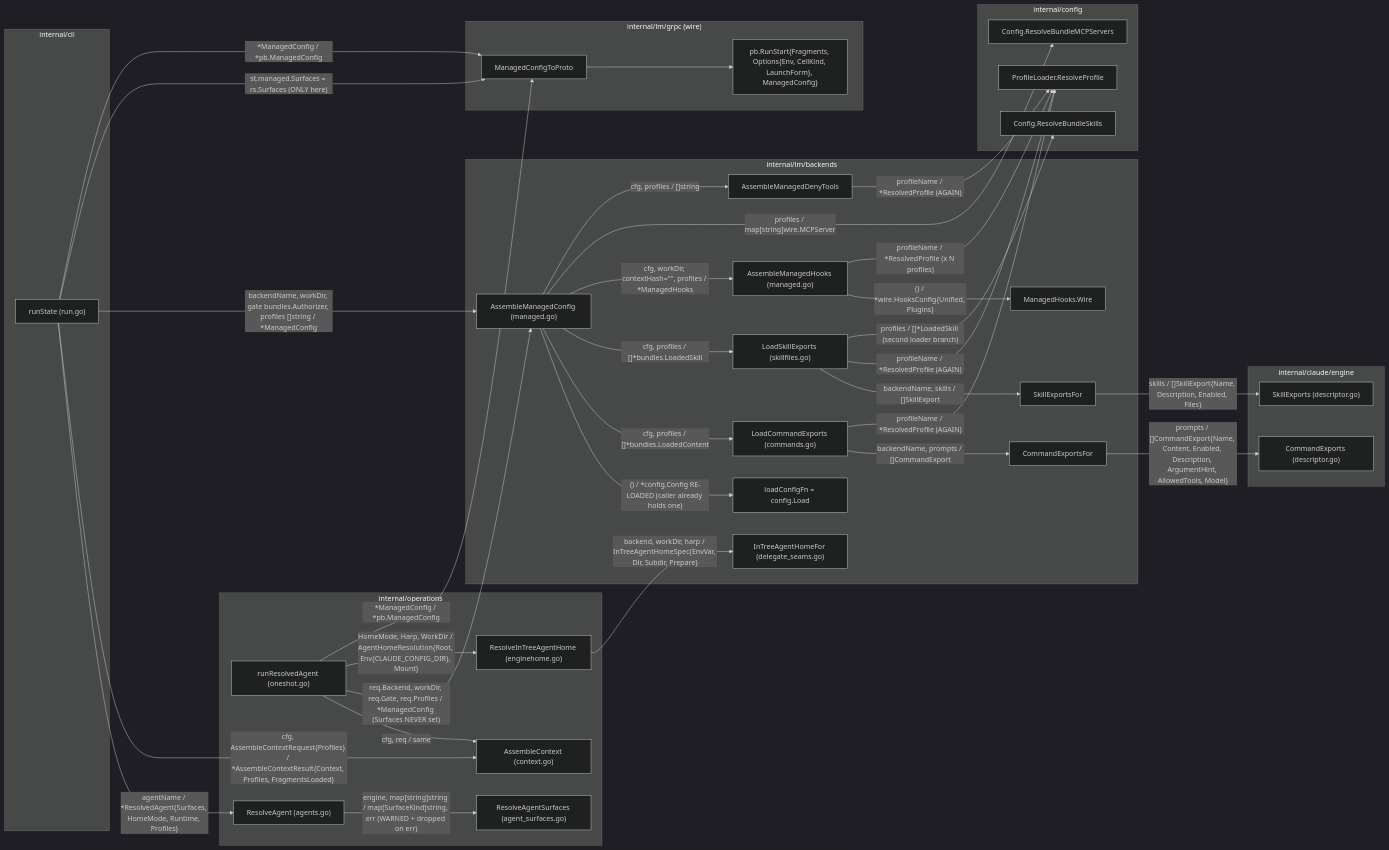
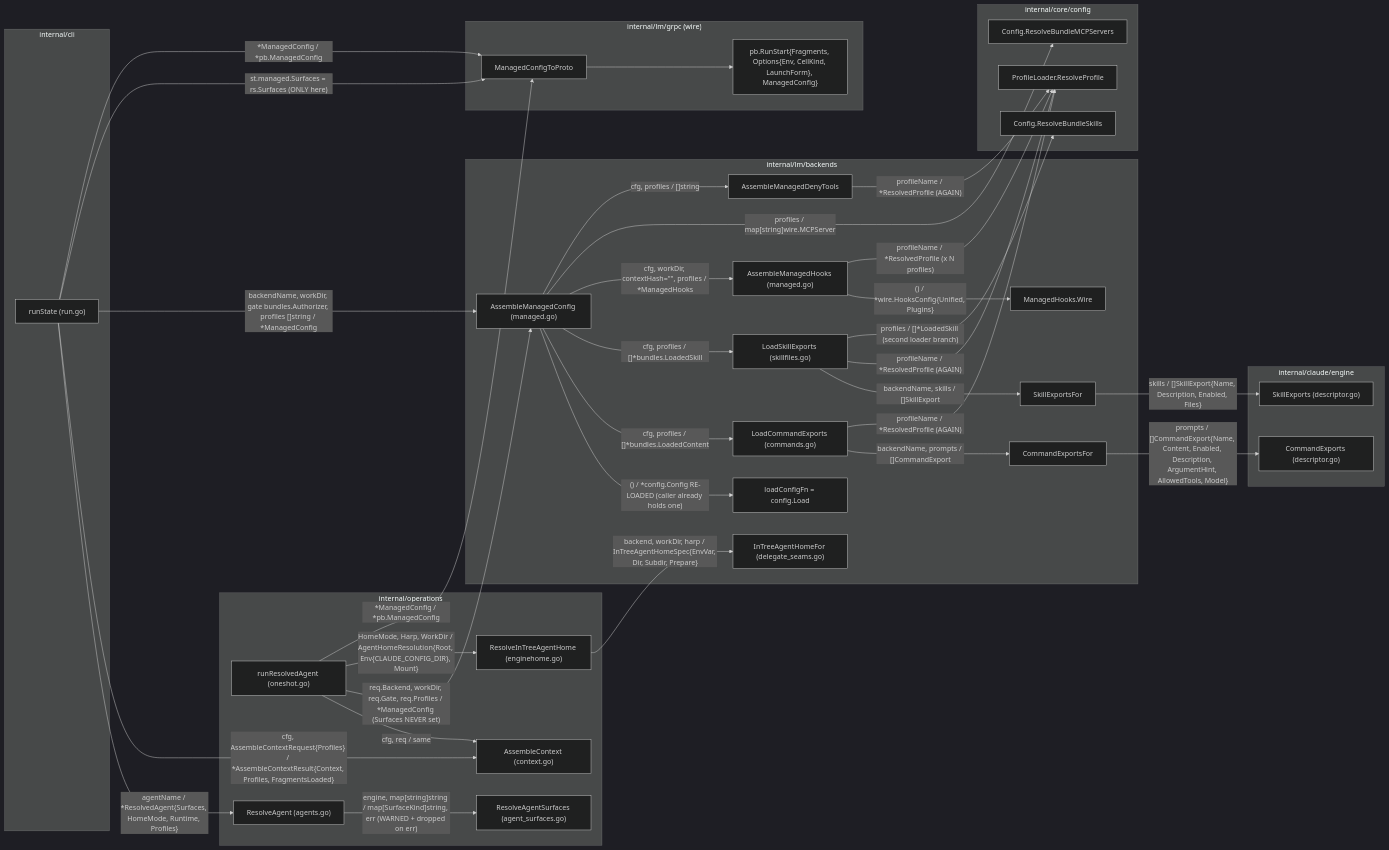
The first of 10 diagrams in docs/architecture/audit-2026-09-18/03-delivery-surfaces.md (ctxloom/ctxloom), drawn with Mermaid (dark theme) before and after one commit. The commit also changed other lines of this file and 1836 other files, not shown here.

First line of the commit message:
refactor(arch): move the core ring into internal/core

````diff
--- a/docs/architecture/audit-2026-09-18/03-delivery-surfaces.md
+++ b/docs/architecture/audit-2026-09-18/03-delivery-surfaces.md
@@ -43,67 +43,67 @@
 ```mermaid
 flowchart LR
   subgraph cli["internal/cli"]
     RUN["runState (run.go)"]
   end
   subgraph ops["internal/operations"]
     RRA["runResolvedAgent (oneshot.go)"]
     RA["ResolveAgent (agents.go)"]
     RAS["ResolveAgentSurfaces (agent_surfaces.go)"]
     AC["AssembleContext (context.go)"]
     RIH["ResolveInTreeAgentHome (enginehome.go)"]
   end
   subgraph be["internal/lm/backends"]
     AMC["AssembleManagedConfig (managed.go)"]
     LCF["loadConfigFn = config.Load"]
     LCE["LoadCommandExports (commands.go)"]
     LSE["LoadSkillExports (skillfiles.go)"]
     CEF["CommandExportsFor"]
     SEF["SkillExportsFor"]
     AMH["AssembleManagedHooks (managed.go)"]
     AMD["AssembleManagedDenyTools"]
     WIRE["ManagedHooks.Wire"]
     ITH["InTreeAgentHomeFor (delegate_seams.go)"]
   end
-  subgraph cfg["internal/config"]
+  subgraph cfg["internal/core/config"]
     RBM["Config.ResolveBundleMCPServers"]
     RP["ProfileLoader.ResolveProfile"]
     RBS["Config.ResolveBundleSkills"]
   end
   subgraph ce["internal/claude/engine"]
     CX["CommandExports (descriptor.go)"]
     SX["SkillExports (descriptor.go)"]
   end
   subgraph pb["internal/lm/grpc (wire)"]
     MCP["ManagedConfigToProto"]
     RS["pb.RunStart{Fragments, Options{Env, CellKind, LaunchForm}, ManagedConfig}"]
   end
 
   RUN -- "agentName / *ResolvedAgent{Surfaces, HomeMode, Runtime, Profiles}" --> RA
   RA -- "engine, map[string]string / map[SurfaceKind]string, err (WARNED + dropped on err)" --> RAS
   RUN -- "cfg, AssembleContextRequest{Profiles} / *AssembleContextResult{Context, Profiles, FragmentsLoaded}" --> AC
   RRA -- "cfg, req / same" --> AC
   RUN -- "backendName, workDir, gate bundles.Authorizer, profiles []string / *ManagedConfig" --> AMC
   RRA -- "req.Backend, workDir, req.Gate, req.Profiles / *ManagedConfig (Surfaces NEVER set)" --> AMC
   AMC -- "() / *config.Config RE-LOADED (caller already holds one)" --> LCF
   AMC -- "cfg, profiles / []*bundles.LoadedContent" --> LCE
   AMC -- "cfg, profiles / []*bundles.LoadedSkill" --> LSE
   LCE -- "backendName, prompts / []CommandExport" --> CEF
   LSE -- "backendName, skills / []SkillExport" --> SEF
   CEF -- "prompts / []CommandExport{Name, Content, Enabled, Description, ArgumentHint, AllowedTools, Model}" --> CX
   SEF -- "skills / []SkillExport{Name, Description, Enabled, Files}" --> SX
   AMC -- "cfg, workDir, contextHash=&quot;&quot;, profiles / *ManagedHooks" --> AMH
   AMH -- "() / *wire.HooksConfig{Unified, Plugins}" --> WIRE
   AMC -- "profiles / map[string]wire.MCPServer" --> RBM
   AMC -- "cfg, profiles / []string" --> AMD
   AMH -- "profileName / *ResolvedProfile (x N profiles)" --> RP
   AMD -- "profileName / *ResolvedProfile (AGAIN)" --> RP
   LCE -- "profileName / *ResolvedProfile (AGAIN)" --> RP
   LSE -- "profileName / *ResolvedProfile (AGAIN)" --> RP
   LSE -- "profiles / []*LoadedSkill (second loader branch)" --> RBS
   RUN -- "st.managed.Surfaces = rs.Surfaces (ONLY here)" --> MCP
   RRA -- "HomeMode, Harp, WorkDir / AgentHomeResolution{Root, Env{CLAUDE_CONFIG_DIR}, Mount}" --> RIH
   RIH -- "backend, workDir, harp / InTreeAgentHomeSpec{EnvVar, Dir, Subdir, Prepare}" --> ITH
   RUN -- "*ManagedConfig / *pb.ManagedConfig" --> MCP
   RRA -- "*ManagedConfig / *pb.ManagedConfig" --> MCP
   MCP --> RS
 ```
````
